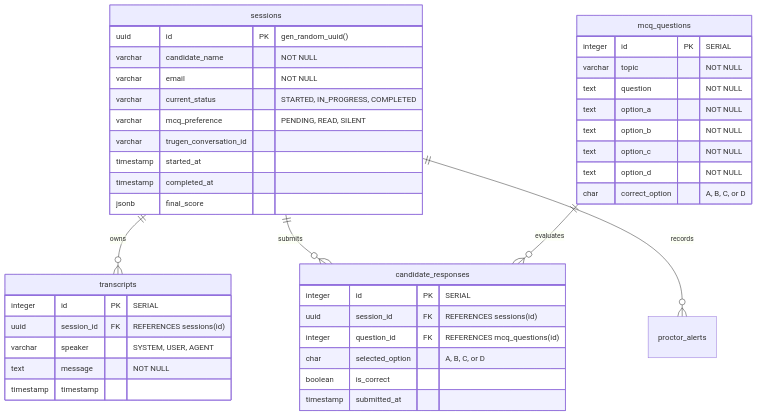
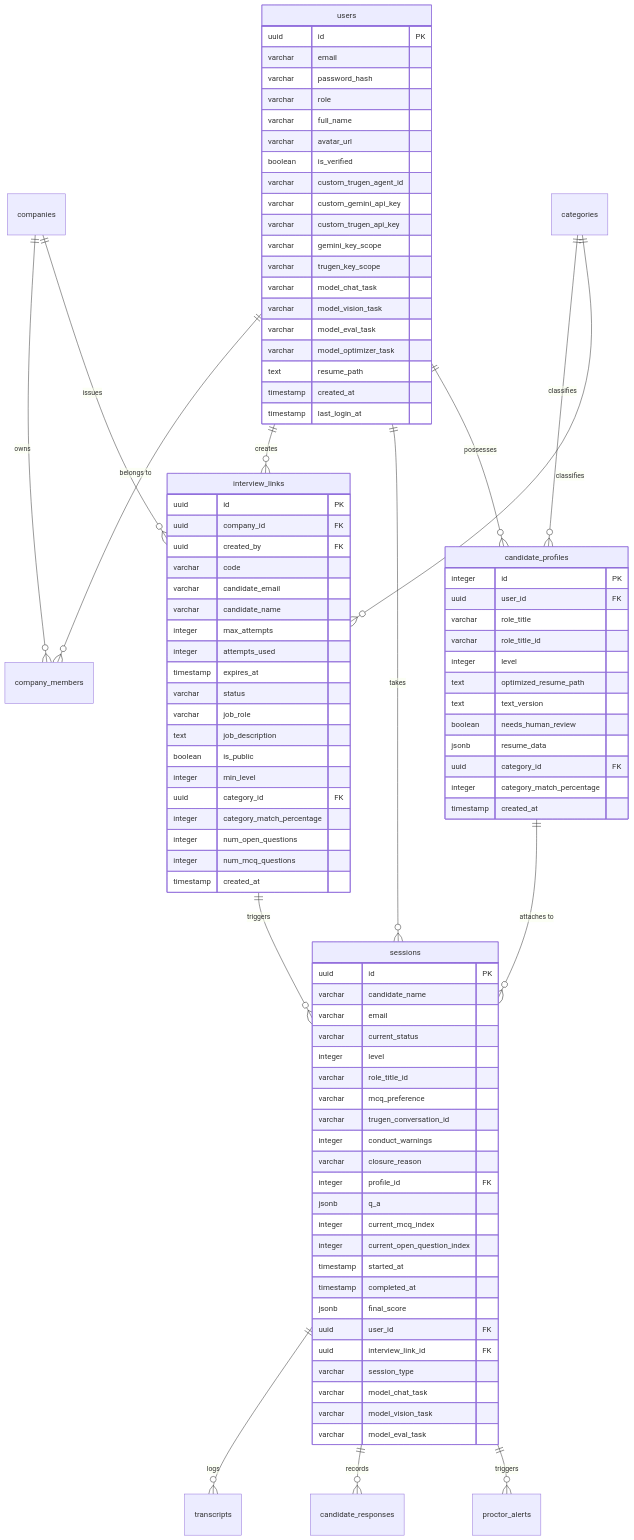
One commit to nippunrana/truinterview changed the diagram in db_schema.md. Above: the diagram before and after it, drawn with Mermaid. The commit also changed other lines of this file and 1 other file, not shown here.

Commit message:
feat: overhaul database schema to include users, companies, interview links, and extended candidate profiles

````diff
--- a/db_schema.md
+++ b/db_schema.md
@@ -9,47 +9,102 @@
 ```mermaid
 erDiagram
-    sessions ||--o{ transcripts : "owns"
-    sessions ||--o{ candidate_responses : "submits"
-    sessions ||--o{ proctor_alerts : "records"
-    mcq_questions ||--o{ candidate_responses : "evaluates"
+    users ||--o{ company_members : "belongs to"
+    users ||--o{ interview_links : "creates"
+    users ||--o{ sessions : "takes"
+    users ||--o{ candidate_profiles : "possesses"
+    companies ||--o{ company_members : "owns"
+    companies ||--o{ interview_links : "issues"
+    interview_links ||--o{ sessions : "triggers"
+    candidate_profiles ||--o{ sessions : "attaches to"
+    categories ||--o{ candidate_profiles : "classifies"
+    categories ||--o{ interview_links : "classifies"
+    
+    sessions ||--o{ transcripts : "logs"
+    sessions ||--o{ candidate_responses : "records"
+    sessions ||--o{ proctor_alerts : "triggers"
+
+    users {
+        uuid id PK
+        varchar email
+        varchar password_hash
+        varchar role
+        varchar full_name
+        varchar avatar_url
+        boolean is_verified
+        varchar custom_trugen_agent_id
+        varchar custom_gemini_api_key
+        varchar custom_trugen_api_key
+        varchar gemini_key_scope
+        varchar trugen_key_scope
+        varchar model_chat_task
+        varchar model_vision_task
+        varchar model_eval_task
+        varchar model_optimizer_task
+        text resume_path
+        timestamp created_at
+        timestamp last_login_at
+    }
+
+    interview_links {
+        uuid id PK
+        uuid company_id FK
+        uuid created_by FK
+        varchar code
+        varchar candidate_email
+        varchar candidate_name
+        integer max_attempts
+        integer attempts_used
+        timestamp expires_at
+        varchar status
+        varchar job_role
+        text job_description
+        boolean is_public
+        integer min_level
+        uuid category_id FK
+        integer category_match_percentage
+        integer num_open_questions
+        integer num_mcq_questions
+        timestamp created_at
+    }
 
     sessions {
-        uuid id PK "gen_random_uuid()"
-        varchar candidate_name "NOT NULL"
-        varchar email "NOT NULL"
-        varchar current_status "STARTED, IN_PROGRESS, COMPLETED"
-        varchar mcq_preference "PENDING, READ, SILENT"
+        uuid id PK
+        varchar candidate_name
+        varchar email
+        varchar current_status
+        integer level
+        varchar role_title_id
+        varchar mcq_preference
         varchar trugen_conversation_id
+        integer conduct_warnings
+        varchar closure_reason
+        integer profile_id FK
+        jsonb q_a
+        integer current_mcq_index
+        integer current_open_question_index
         timestamp started_at
         timestamp completed_at
         jsonb final_score
+        uuid user_id FK
+        uuid interview_link_id FK
+        varchar session_type
+        varchar model_chat_task
+        varchar model_vision_task
+        varchar model_eval_task
     }
 
-    transcripts {
-        integer id PK "SERIAL"
-        uuid session_id FK "REFERENCES sessions(id)"
-        varchar speaker "SYSTEM, USER, AGENT"
-        text message "NOT NULL"
-        timestamp timestamp
-    }
-
-    mcq_questions {
-        integer id PK "SERIAL"
-        varchar topic "NOT NULL"
-        text question "NOT NULL"
-        text option_a "NOT NULL"
-        text option_b "NOT NULL"
-        text option_c "NOT NULL"
-        text option_d "NOT NULL"
-        char correct_option "A, B, C, or D"
-    }
-
-    candidate_responses {
-        integer id PK "SERIAL"
-        uuid session_id FK "REFERENCES sessions(id)"
-        integer question_id FK "REFERENCES mcq_questions(id)"
-        char selected_option "A, B, C, or D"
-        boolean is_correct
-        timestamp submitted_at
+    candidate_profiles {
+        integer id PK
+        uuid user_id FK
+        varchar role_title
+        varchar role_title_id
+        integer level
+        text optimized_resume_path
+        text text_version
+        boolean needs_human_review
+        jsonb resume_data
+        uuid category_id FK
+        integer category_match_percentage
+        timestamp created_at
     }
 ```
````
